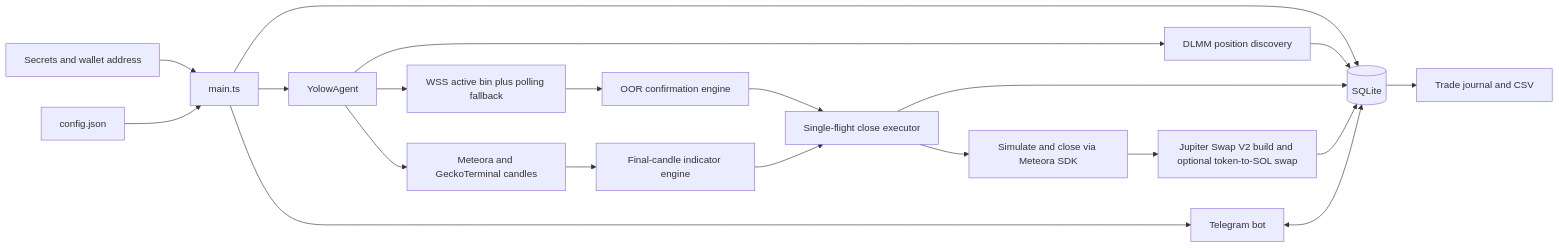
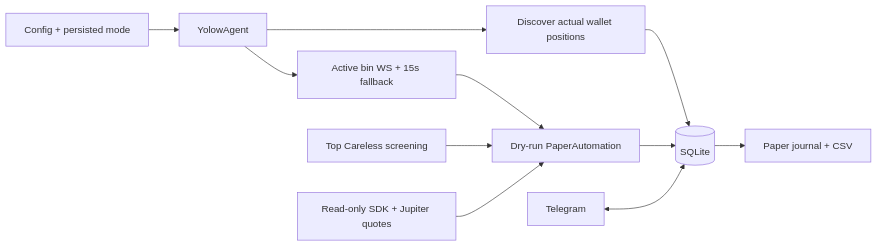
One commit to Juanneilp/yolow changed the diagram in ARCHITECTURE.md. Above: the diagram before and after it, drawn with Mermaid. The commit also changed other lines of this file and 34 other files, not shown here.

Commit message:
Add dry-run SPOT automation and simplify Telegram controls

````diff
--- a/ARCHITECTURE.md
+++ b/ARCHITECTURE.md
@@ -7,22 +5,13 @@
 ```mermaid
 flowchart LR
-  ENV[Secrets and wallet address] --> MAIN[main.ts]
-  CFG[config.json] --> MAIN
-  MAIN --> DB[(SQLite)]
-  MAIN --> AGENT[YolowAgent]
-  MAIN --> TG[Telegram bot]
-  AGENT --> POS[DLMM position discovery]
-  POS --> DB
-  AGENT --> BIN[WSS active bin plus polling fallback]
-  BIN --> OOR[OOR confirmation engine]
-  AGENT --> CANDLE[Meteora and GeckoTerminal candles]
-  CANDLE --> IND[Final-candle indicator engine]
-  OOR --> EXEC[Single-flight close executor]
-  IND --> EXEC
-  EXEC --> DLMM[Simulate and close via Meteora SDK]
-  DLMM --> SWAP[Jupiter Swap V2 build and optional token-to-SOL swap]
-  EXEC --> DB
-  SWAP --> DB
-  TG <--> DB
-  DB --> JOURNAL[Trade journal and CSV]
+  CFG[Config + persisted mode] --> AGENT[YolowAgent]
+  AGENT --> REAL[Discover actual wallet positions]
+  AGENT --> BIN[Active bin WS + 15s fallback]
+  REAL --> DB[(SQLite)]
+  BIN --> AUTO[Dry-run PaperAutomation]
+  CARELESS[Top Careless screening] --> AUTO
+  MARKET[Read-only SDK + Jupiter quotes] --> AUTO
+  AUTO --> DB
+  TG[Telegram] <--> DB
+  DB --> JOURNAL[Paper journal + CSV]
 ```
````
